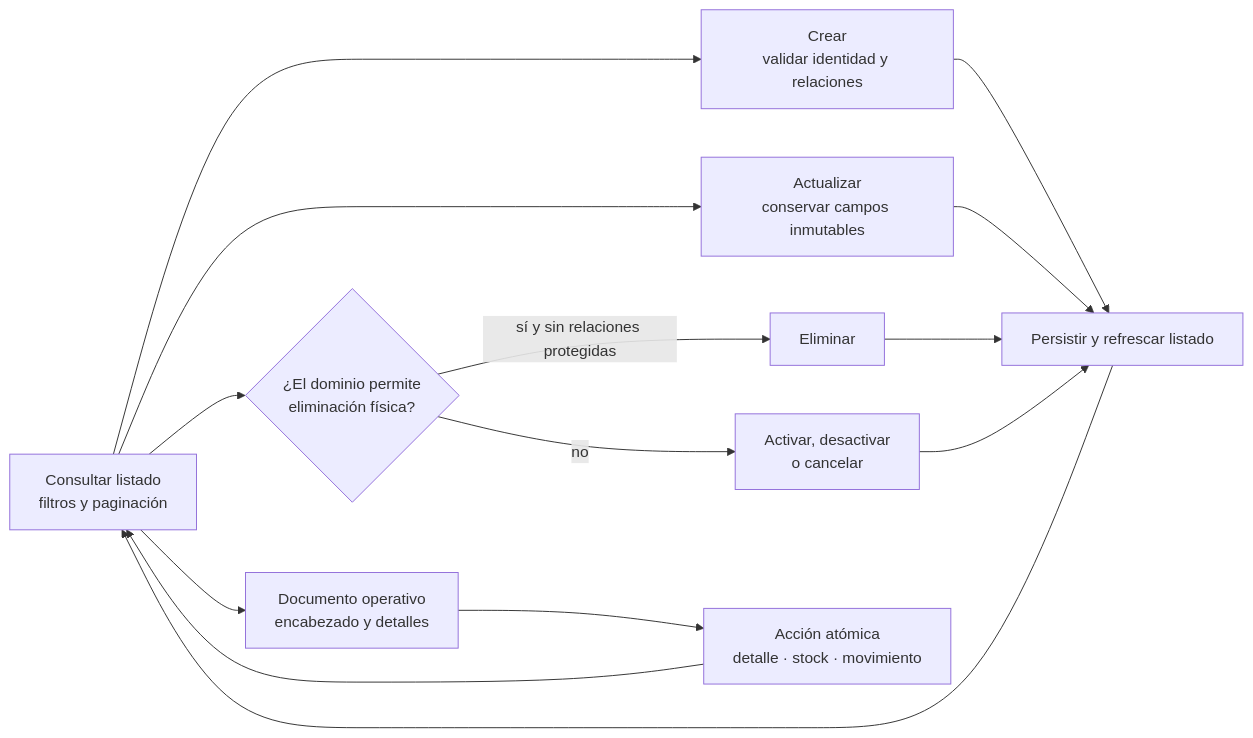
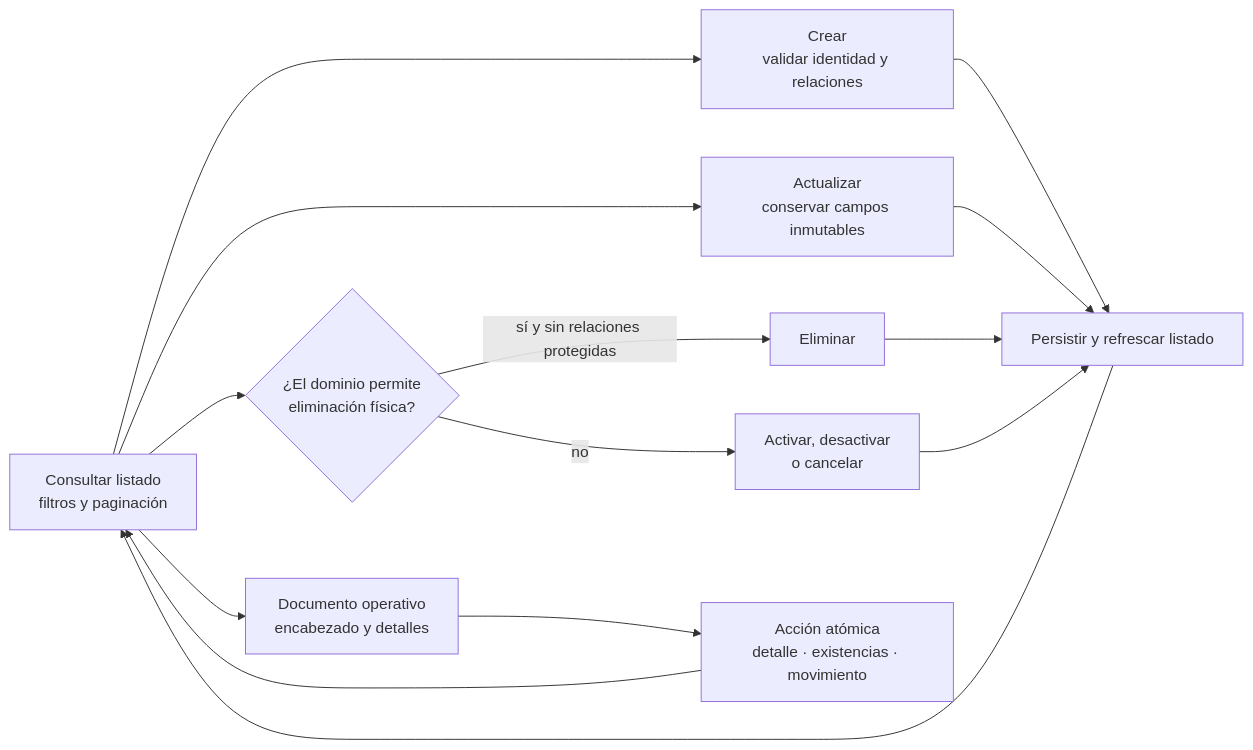
One commit to gpgsistemas01/nexus changed the second of 4 diagrams in docs/requirements-diagrams.md. Above: the diagram before and after it, drawn with Mermaid. The commit also changed other lines of this file and 7 other files, not shown here.

````diff
--- a/docs/requirements-diagrams.md
+++ b/docs/requirements-diagrams.md
@@ -56,17 +56,17 @@
 ```mermaid
 flowchart LR
     list["Consultar listado<br/>filtros y paginación"] --> create["Crear<br/>validar identidad y relaciones"]
     create --> refresh["Persistir y refrescar listado"]
     list --> edit["Actualizar<br/>conservar campos inmutables"]
     edit --> refresh
     list --> removal{"¿El dominio permite<br/>eliminación física?"}
     removal -->|"sí y sin relaciones protegidas"| delete["Eliminar"]
     removal -->|"no"| status["Activar, desactivar<br/>o cancelar"]
     delete --> refresh
     status --> refresh
     refresh --> list
 
     list --> document["Documento operativo<br/>encabezado y detalles"]
-    document --> transaction["Acción atómica<br/>detalle · stock · movimiento"]
+    document --> transaction["Acción atómica<br/>detalle · existencias · movimiento"]
     transaction --> list
 ```
````
